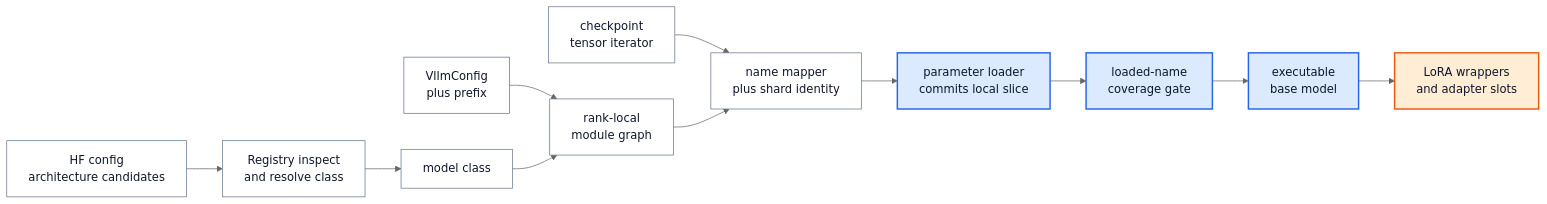
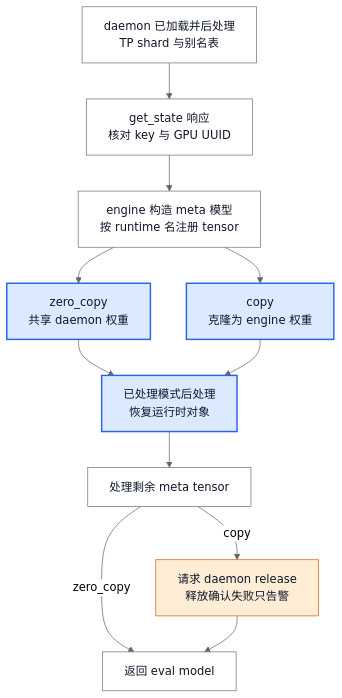
One commit to suhaibo666/llm-knowledge changed the second of 2 diagrams in wiki/02_engineering/03_infer_frameworks/vllm/13_vllm_model_library_analysis.md. Above: the diagram before and after it, drawn with Mermaid (neutral theme). The commit also changed other lines of this file and 49 other files, not shown here.

````diff
--- a/wiki/02_engineering/03_infer_frameworks/vllm/13_vllm_model_library_analysis.md
+++ b/wiki/02_engineering/03_infer_frameworks/vllm/13_vllm_model_library_analysis.md
@@ -42,20 +183,19 @@
 ```mermaid
-flowchart LR
-    C["HF config<br/>architecture candidates"] --> R["Registry inspect<br/>and resolve class"]
-    R --> K["model class"]
-    V["VllmConfig<br/>plus prefix"] --> G["rank-local<br/>module graph"]
-    K --> G
-    W["checkpoint<br/>tensor iterator"] --> N["name mapper<br/>plus shard identity"]
-    G --> N
-    N --> P["parameter loader<br/>commits local slice"]
-    P --> T["loaded-name<br/>coverage gate"]
-    T --> E["executable<br/>base model"]
-    E --> L["LoRA wrappers<br/>and adapter slots"]
-
+flowchart TB
+    D["daemon 已加载并后处理<br/>TP shard 与别名表"] --> S["get_state 响应<br/>核对 key 与 GPU UUID"]
+    S --> M["engine 构造 meta 模型<br/>按 runtime 名注册 tensor"]
+    M --> Z["zero_copy<br/>共享 daemon 权重"]
+    M --> C["copy<br/>克隆为 engine 权重"]
+    Z --> P["已处理模式后处理<br/>恢复运行时对象"]
+    C --> P
+    P --> T["处理剩余 meta tensor"]
+    T -->|zero_copy| E["返回 eval model"]
+    T -->|copy| R["请求 daemon release<br/>释放确认失败只告警"]
+    R --> E
     classDef neutral fill:#ffffff,stroke:#64748b,color:#0f172a
     classDef acc1 fill:#dbeafe,stroke:#2563eb,color:#0f172a,stroke-width:2px
-    classDef acc2 fill:#ffedd5,stroke:#ea580c,color:#0f172a,stroke-width:2px
-    class C,R,K,V,G,W,N neutral
-    class P,T,E acc1
-    class L acc2
+    classDef acc2 fill:#ffedd5,stroke:#ea580c,color:#0f172a
+    class D,S,M,T,E neutral
+    class Z,C,P acc1
+    class R acc2
 ```
````
